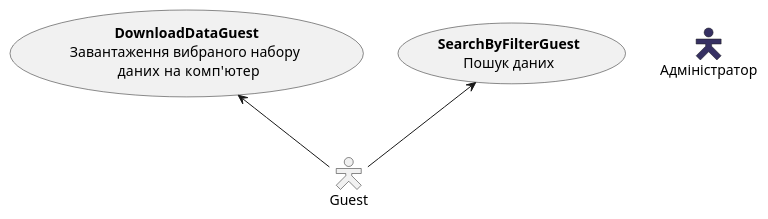
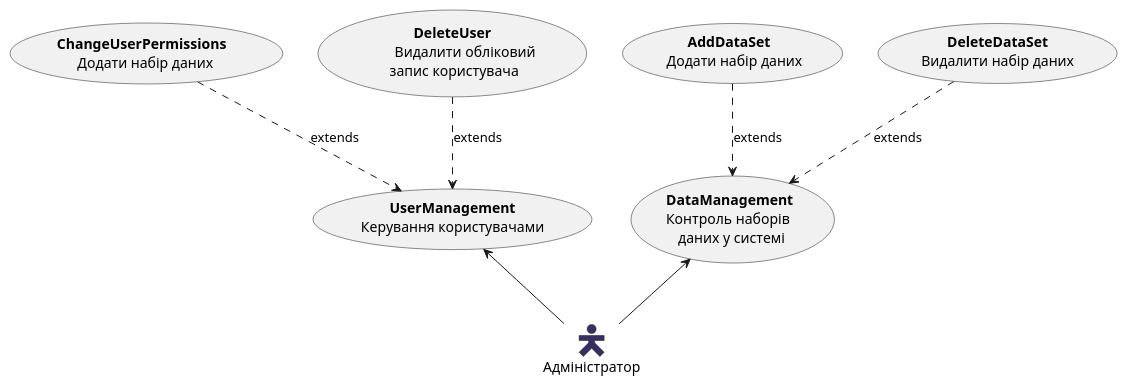
The fourth of 4 diagrams in docs/use cases/README.md (edu-db/edu_db_labs), drawn with PlantUML before and after one commit. The commit also changed other lines of this file, not shown here.

Commit message:
feat: add administator's model diagram

```diff
--- a/docs/use cases/README.md
+++ b/docs/use cases/README.md
@@ -131,12 +131,24 @@
 @startuml
 skinparam actorStyle Hollow
 actor "Адміністратор" as Administrator #363062
 
-    usecase "<b>SearchByFilterGuest</b>\nПошук даних" as SearchByFilterGuest
-    usecase "<b>DownloadDataGuest</b>\nЗавантаження вибраного набору \n даних  на комп'ютер" as DownloadDataGuest
+    usecase "<b>DataManagement</b>\nКонтроль наборів \n даних у системі" as DataManagement
+    usecase "<b>UserManagement</b>\nКерування користувачами" as UserManagement
+
+    usecase "<b>DeleteDataSet</b>\nВидалити набір даних" as DeleteDataSet
+    usecase "<b>AddDataSet </b> \n Додати набір даних" as AddDataSet
+
+    usecase "<b>DeleteUser</b>\n	Видалити обліковий \n запис користувача" as DeleteUser
+    	usecase "<b>ChangeUserPermissions</b> \n Додати набір даних" as ChangeUserPermissions
 
 
-    Guest -u-> SearchByFilterGuest
-    Guest -u-> DownloadDataGuest
+    Administrator -u-> DataManagement
+    Administrator -u-> UserManagement
+
+    DataManagement<.u.DeleteDataSet:extends
+    DataManagement<.u.AddDataSet:extends
+
+    UserManagement<.u.DeleteUser:extends
+    UserManagement<.u.ChangeUserPermissions:extends
 
 @enduml
```
